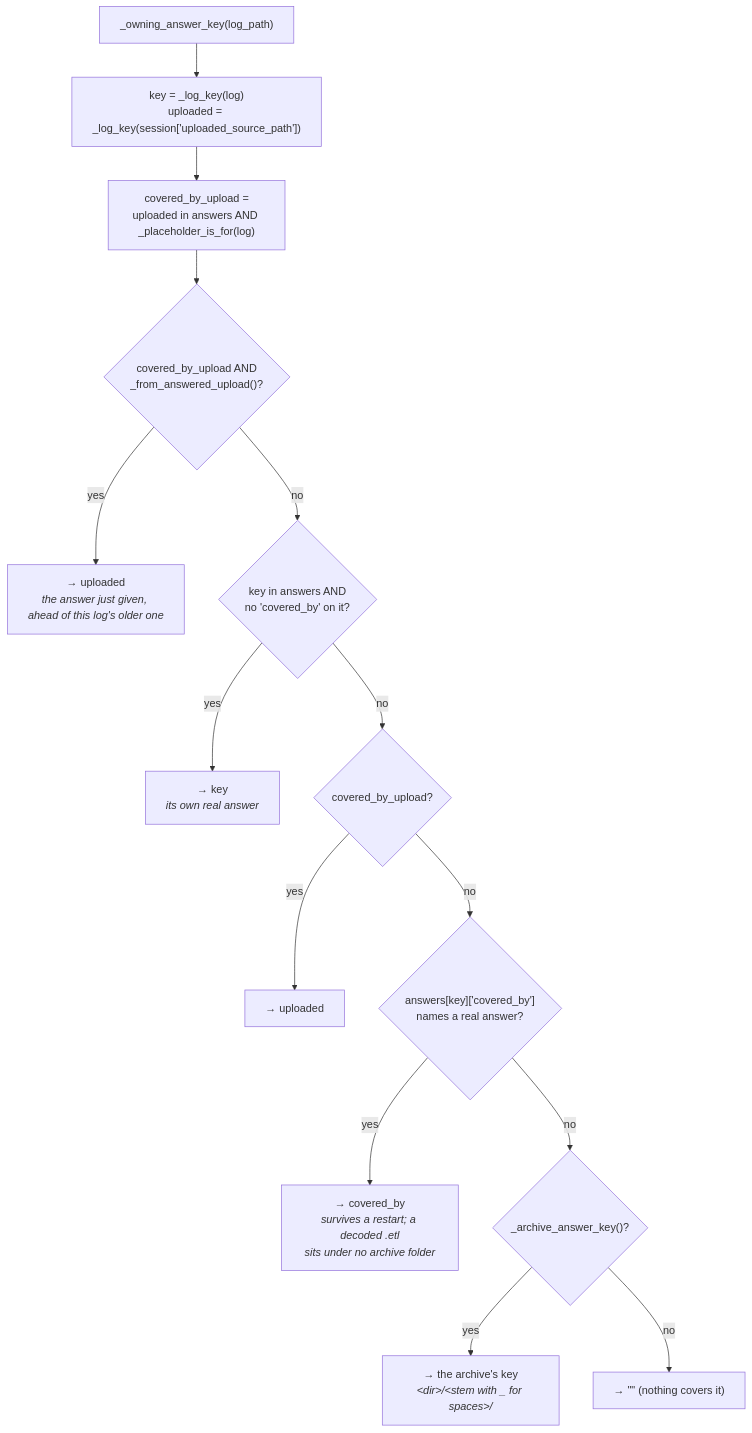
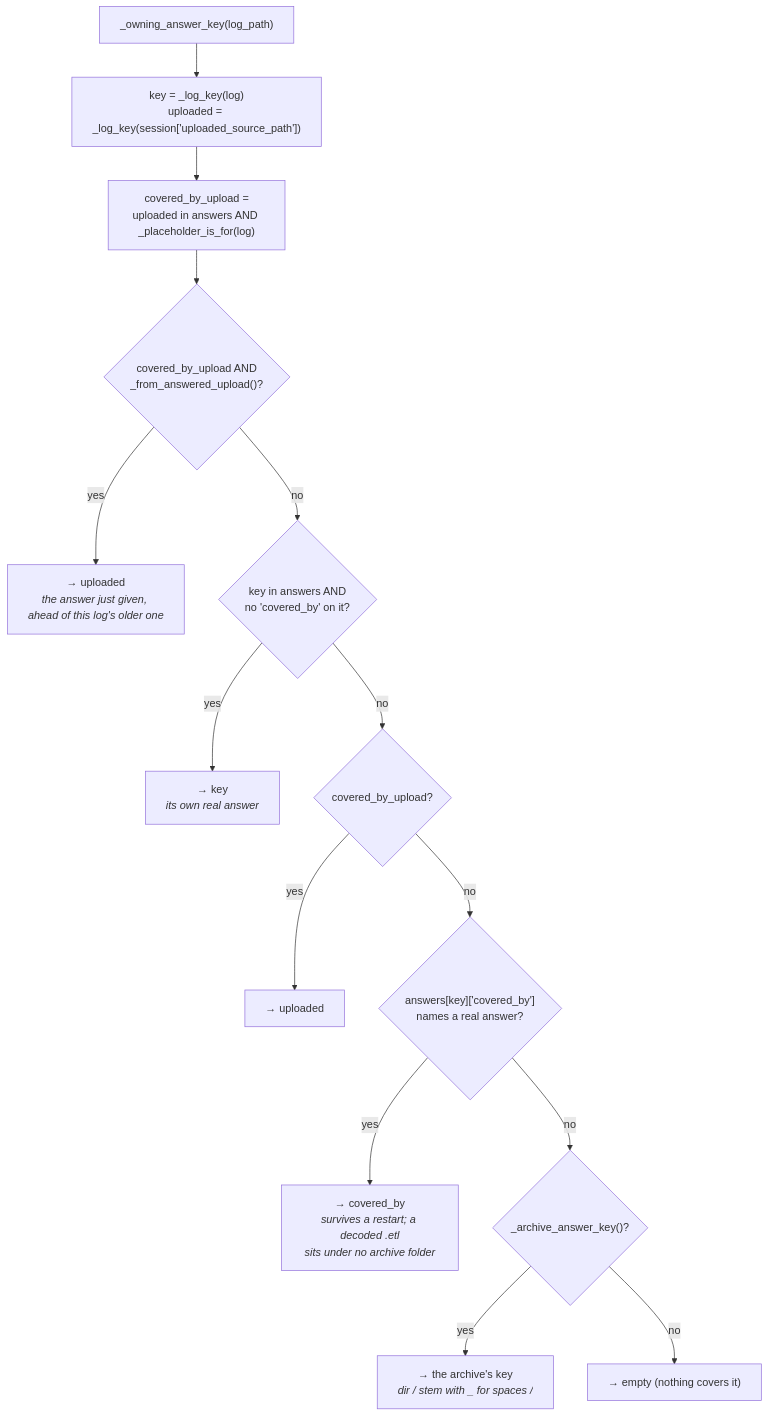
One commit to kj-fang/wireless_ce_avatar changed the third of 6 diagrams in IPS_CASE_NUMBER_FLOW.md. Above: the diagram before and after it, drawn with Mermaid. The commit also changed other lines of this file, not shown here.

First line of the commit message:
docs(ips): keep HTML entities out of the mermaid labels

````diff
--- a/IPS_CASE_NUMBER_FLOW.md
+++ b/IPS_CASE_NUMBER_FLOW.md
@@ -164,21 +164,21 @@
 ```mermaid
 flowchart TD
     S["_owning_answer_key(log_path)"] --> N["key = _log_key(log)<br/>uploaded = _log_key(session['uploaded_source_path'])"]
     N --> CBU["covered_by_upload =<br/>uploaded in answers AND _placeholder_is_for(log)"]
 
     CBU --> O1{"covered_by_upload AND<br/>_from_answered_upload()?"}
     O1 -->|"yes"| U1["→ uploaded<br/><i>the answer just given, ahead of this log's older one</i>"]
 
     O1 -->|"no"| O2{"key in answers AND<br/>no 'covered_by' on it?"}
     O2 -->|"yes"| U2["→ key<br/><i>its own real answer</i>"]
 
     O2 -->|"no"| O3{"covered_by_upload?"}
     O3 -->|"yes"| U3["→ uploaded"]
 
     O3 -->|"no"| O4{"answers[key]['covered_by']<br/>names a real answer?"}
     O4 -->|"yes"| U4["→ covered_by<br/><i>survives a restart; a decoded .etl<br/>sits under no archive folder</i>"]
 
     O4 -->|"no"| O5{"_archive_answer_key()?"}
-    O5 -->|"yes"| U5["→ the archive's key<br/><i>&lt;dir&gt;/&lt;stem with _ for spaces&gt;/</i>"]
-    O5 -->|"no"| U6["→ &quot;&quot; (nothing covers it)"]
+    O5 -->|"yes"| U5["→ the archive's key<br/><i>dir / stem with _ for spaces /</i>"]
+    O5 -->|"no"| U6["→ empty (nothing covers it)"]
 ```
````
